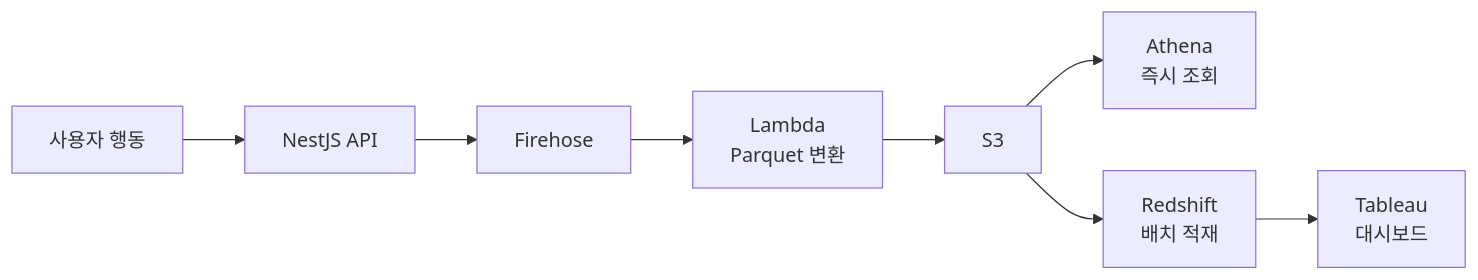
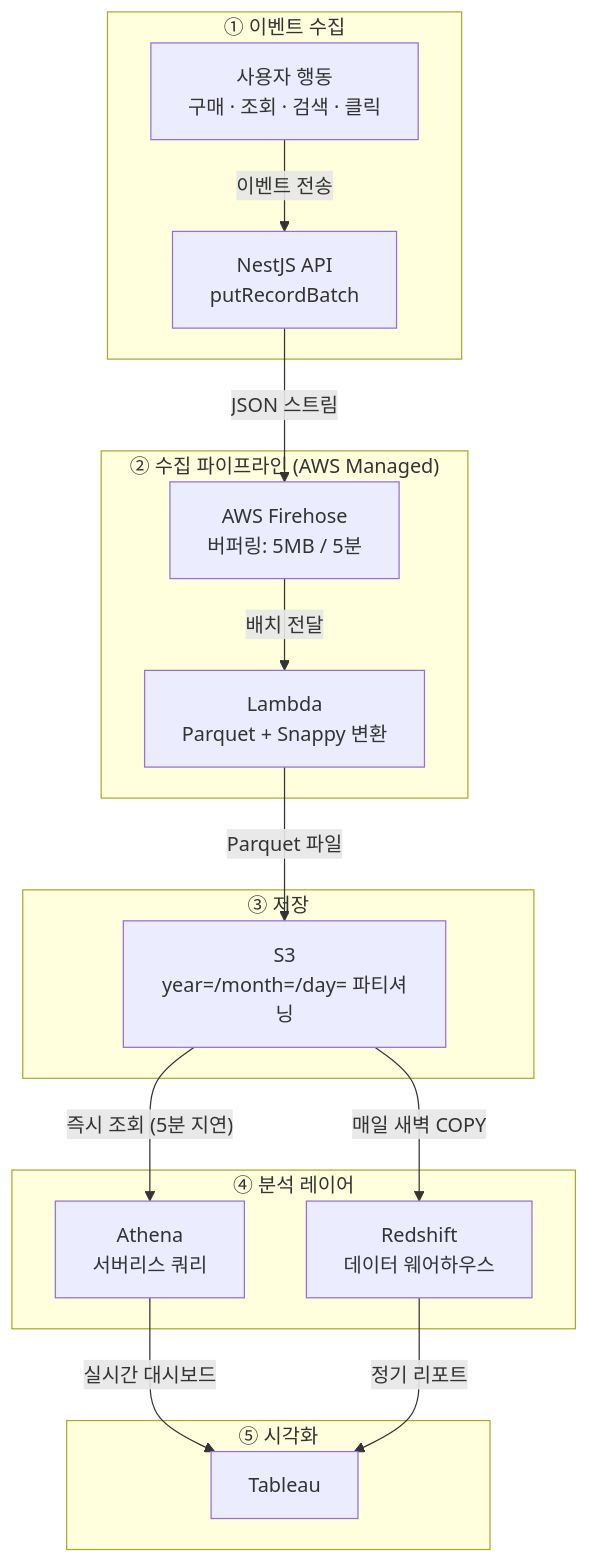
The diagram in portfolio/projects/data-pipeline-firehose/index.md (banggeunho/banggeunho), drawn with Mermaid before and after one commit. The commit also changed other lines of this file, not shown here.

Commit message:
Docs: 데이터 파이프라인 프로젝트 내용 수정

````diff
--- a/portfolio/projects/data-pipeline-firehose/index.md
+++ b/portfolio/projects/data-pipeline-firehose/index.md
@@ -108,10 +107,25 @@
 ```mermaid
-graph LR
-    A[사용자 행동] --> B[NestJS API]
-    B --> C[Firehose]
-    C --> D[Lambda<br/>Parquet 변환]
-    D --> E[S3]
-    E --> F[Athena<br/>즉시 조회]
-    E --> G[Redshift<br/>배치 적재]
-    G --> H[Tableau<br/>대시보드]
+graph TB
+    subgraph 이벤트_수집["① 이벤트 수집"]
+        A[사용자 행동<br/>구매 · 조회 · 검색 · 클릭] -->|이벤트 전송| B[NestJS API<br/>putRecordBatch]
+    end
+
+    subgraph 수집_파이프라인["② 수집 파이프라인 (AWS Managed)"]
+        B -->|JSON 스트림| C[AWS Firehose<br/>버퍼링: 5MB / 5분]
+        C -->|배치 전달| D[Lambda<br/>Parquet + Snappy 변환]
+    end
+
+    subgraph 저장["③ 저장"]
+        D -->|Parquet 파일| E["S3<br/>year=/month=/day= 파티셔닝"]
+    end
+
+    subgraph 분석_레이어["④ 분석 레이어"]
+        E -->|"즉시 조회 (5분 지연)"| F[Athena<br/>서버리스 쿼리]
+        E -->|"매일 새벽 COPY"| G[Redshift<br/>데이터 웨어하우스]
+    end
+
+    subgraph 시각화["⑤ 시각화"]
+        F -->|실시간 대시보드| H[Tableau]
+        G -->|정기 리포트| H
+    end
 ```
````
